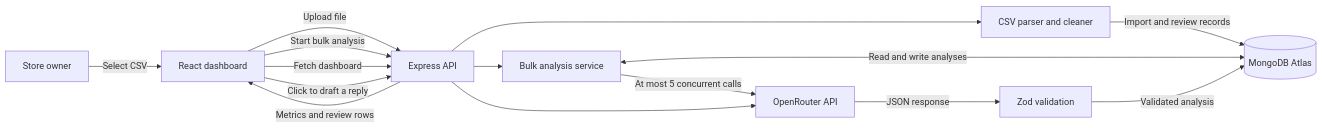
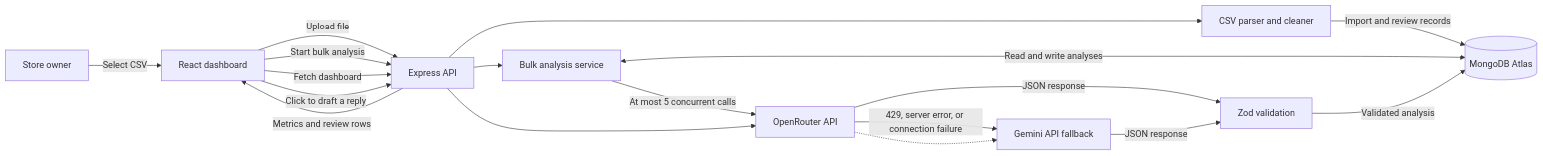
Before and after one commit to anuj-yd/ReviewLens: the diagram in README.md, drawn with Mermaid. The commit also changed other lines of this file and 5 other files, not shown here.

````diff
--- a/README.md
+++ b/README.md
@@ -46,17 +46,20 @@
 ```mermaid
 flowchart LR
     Owner[Store owner] -->|Select CSV| UI[React dashboard]
     UI -->|Upload file| API[Express API]
     API --> Cleaner[CSV parser and cleaner]
     Cleaner -->|Import and review records| Atlas[(MongoDB Atlas)]
     UI -->|Start bulk analysis| API
     API --> Bulk[Bulk analysis service]
     Bulk <-->|Read and write analyses| Atlas
     Bulk -->|At most 5 concurrent calls| OpenRouter[OpenRouter API]
+    OpenRouter -->|429, server error, or connection failure| Gemini[Gemini API fallback]
     OpenRouter -->|JSON response| Validator[Zod validation]
+    Gemini -->|JSON response| Validator
     Validator -->|Validated analysis| Atlas
     UI -->|Fetch dashboard| API
     API -->|Metrics and review rows| UI
     UI -->|Click to draft a reply| API
     API --> OpenRouter
+    OpenRouter -.-> Gemini
 ```
````
